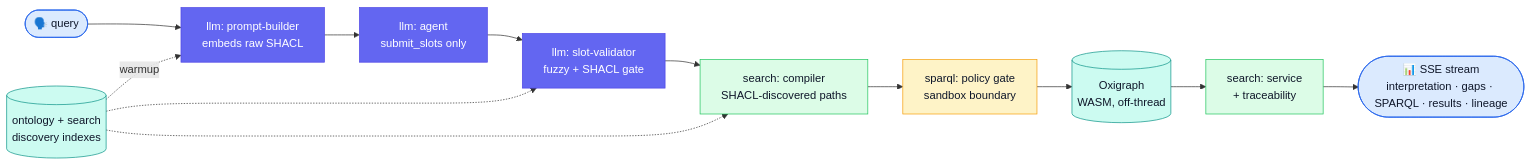
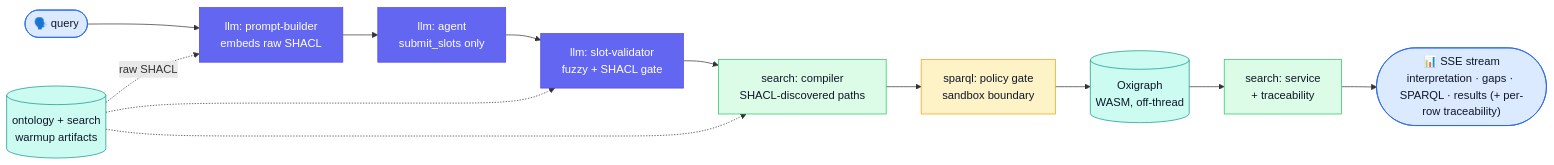
Before and after one commit to ASCS-eV/ontology-based-nl-search: the second of 3 diagrams in apps/docs/slides/index.md, drawn with Mermaid. The commit also changed other lines of this file, not shown here.

````diff
--- a/apps/docs/slides/index.md
+++ b/apps/docs/slides/index.md
@@ -125,26 +125,26 @@
 ```mermaid
 flowchart LR
     Q(["🗣️ query"]) --> PB["llm: prompt-builder<br/>embeds raw SHACL"]
     PB --> AG["llm: agent<br/>submit_slots only"]
     AG --> SV["llm: slot-validator<br/>fuzzy + SHACL gate"]
     SV --> CO["search: compiler<br/>SHACL-discovered paths"]
     CO --> PG["sparql: policy gate<br/>sandbox boundary"]
     PG --> OX[("Oxigraph<br/>WASM, off-thread")]
     OX --> SVC["search: service<br/>+ traceability"]
-    SVC --> SSE(["📊 SSE stream<br/>interpretation · gaps · SPARQL · results · lineage"])
+    SVC --> SSE(["📊 SSE stream<br/>interpretation · gaps · SPARQL · results (+ per-row traceability)"])
 
-    DISC[("ontology + search<br/>discovery indexes")] -.->|warmup| PB
+    DISC[("ontology + search<br/>warmup artifacts")] -.->|raw SHACL| PB
     DISC -.-> SV
     DISC -.-> CO
 
     classDef llm fill:#6366f1,stroke:#4f46e5,color:#ffffff;
     classDef search fill:#dcfce7,stroke:#22c55e,color:#0f172a;
     classDef guard fill:#fef3c7,stroke:#f59e0b,color:#0f172a;
     classDef store fill:#ccfbf1,stroke:#0d9488,color:#0f172a;
     classDef io fill:#dbeafe,stroke:#2563eb,color:#0f172a;
     class PB,AG,SV llm;
     class CO,SVC search;
     class PG guard;
     class OX,DISC store;
     class Q,SSE io;
 ```
````
